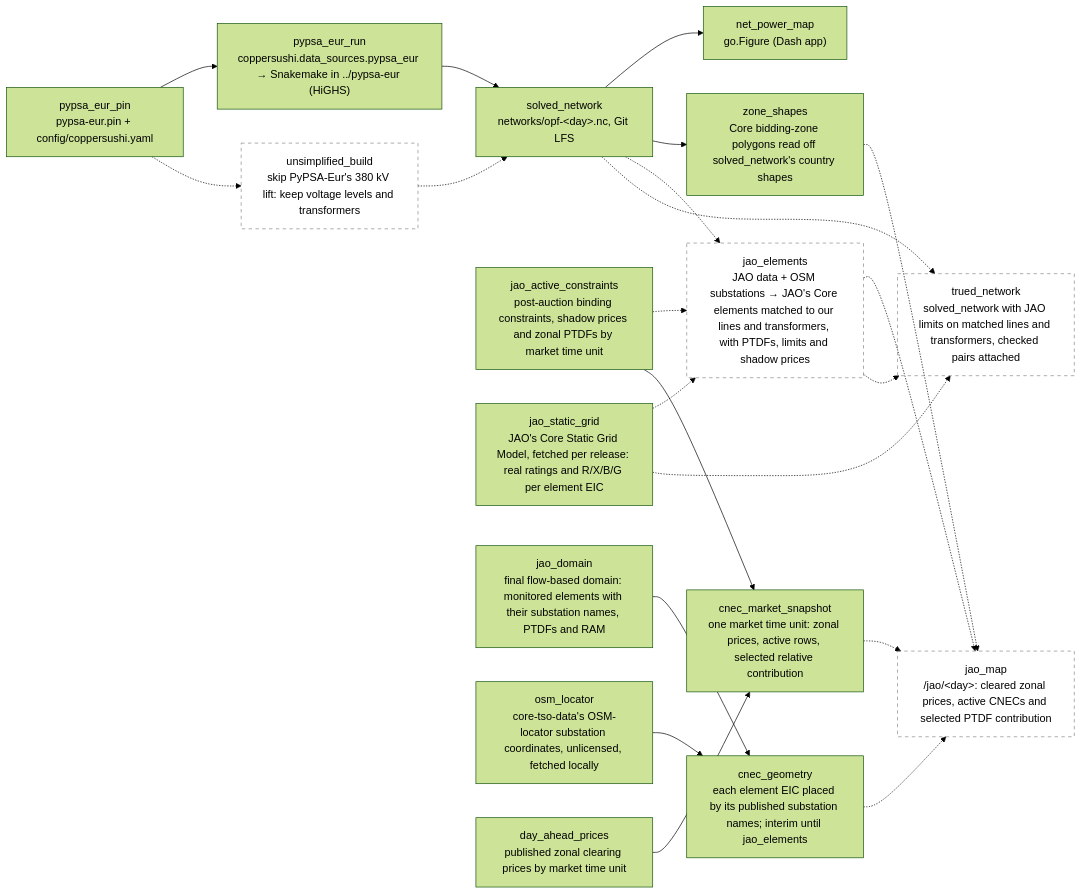
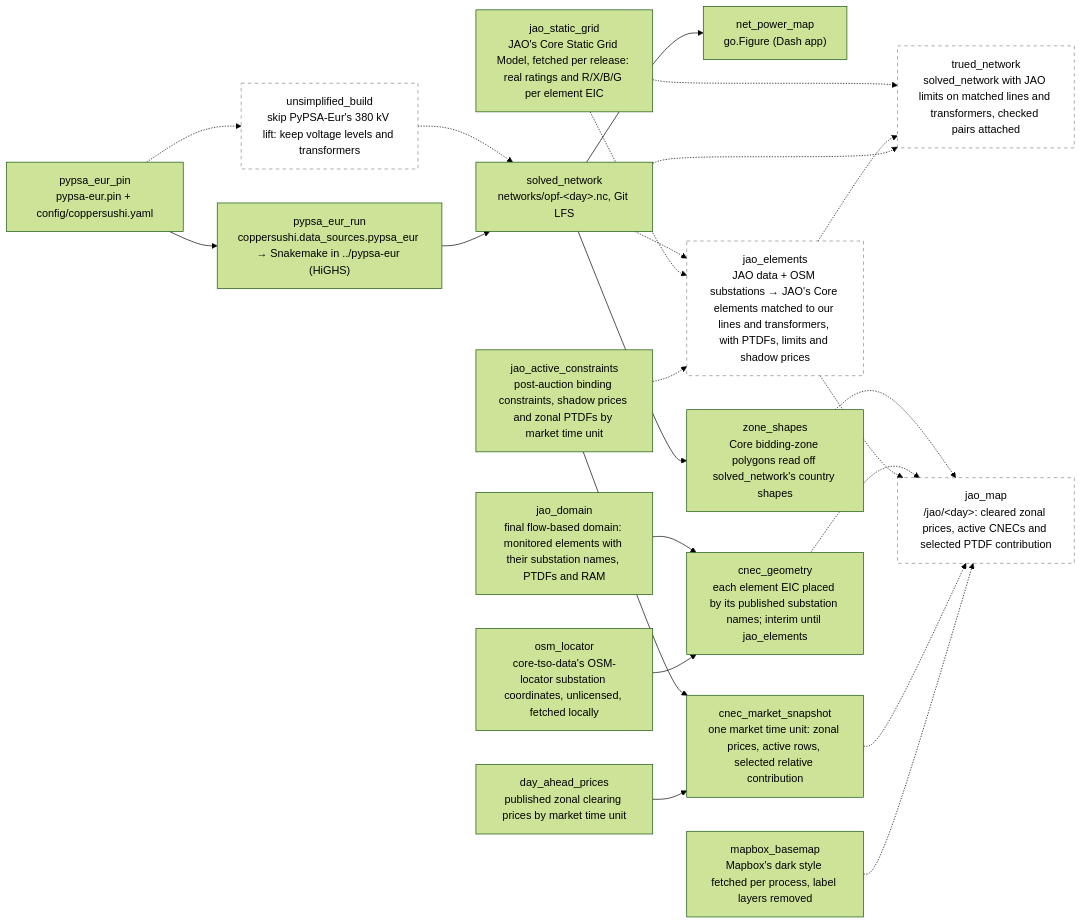
One commit to zoltanmaric/coppersushi changed the diagram in wiki/sushi-2.md. Above: the diagram before and after it, drawn with Mermaid (forest theme). The commit also changed 5 other files, not shown here.

First line of the commit message:
Fetch Mapbox's dark style without its labels (#83)

````diff
--- a/wiki/sushi-2.md
+++ b/wiki/sushi-2.md
@@ -16,45 +16,47 @@
 ```mermaid
 flowchart LR
     classDef planned stroke-dasharray: 5 5,stroke:#888,fill:none
 
     net_power_map["net_power_map<br/>go.Figure (Dash app)"]
 
     pypsa_eur_pin["pypsa_eur_pin<br/>pypsa-eur.pin + config/coppersushi.yaml"]
     pypsa_eur_run["pypsa_eur_run<br/>coppersushi.data_sources.pypsa_eur → Snakemake in ../pypsa-eur (HiGHS)"]
     solved_network["solved_network<br/>networks/opf-&lt;day&gt;.nc, Git LFS"]
     jao_active_constraints["jao_active_constraints<br/>post-auction binding constraints, shadow prices and zonal PTDFs by market time unit"]
 
     jao_static_grid["jao_static_grid<br/>JAO's Core Static Grid Model, fetched per release: real ratings and R/X/B/G per element EIC"]
 
     unsimplified["unsimplified_build<br/>skip PyPSA-Eur's 380 kV lift: keep voltage levels and transformers"]:::planned
     jao_elements["jao_elements<br/>JAO data + OSM substations → JAO's Core elements matched to our lines and transformers, with PTDFs, limits and shadow prices"]:::planned
     jao_domain["jao_domain<br/>final flow-based domain: monitored elements with their substation names, PTDFs and RAM"]
     osm_locator["osm_locator<br/>core-tso-data's OSM-locator substation coordinates, unlicensed, fetched locally"]
     cnec_geometry["cnec_geometry<br/>each element EIC placed by its published substation names; interim until jao_elements"]
     zone_shapes["zone_shapes<br/>Core bidding-zone polygons read off solved_network's country shapes"]
+    mapbox_basemap["mapbox_basemap<br/>Mapbox's dark style fetched per process, label layers removed"]
     day_ahead_prices["day_ahead_prices<br/>published zonal clearing prices by market time unit"]
     cnec_market_snapshot["cnec_market_snapshot<br/>one market time unit: zonal prices, active rows, selected relative contribution"]
     jao_map["jao_map<br/>/jao/&lt;day&gt;: cleared zonal prices, active CNECs and selected PTDF contribution"]:::planned
     trued_network["trued_network<br/>solved_network with JAO limits on matched lines and transformers, checked pairs attached"]:::planned
 
     pypsa_eur_pin --> pypsa_eur_run
     pypsa_eur_pin -.-> unsimplified
     unsimplified -.-> solved_network
     pypsa_eur_run --> solved_network
     solved_network --> net_power_map
     solved_network --> zone_shapes
     zone_shapes -.-> jao_map
     solved_network -.-> jao_elements
     jao_static_grid -.-> jao_elements
     jao_static_grid -.-> trued_network
     jao_active_constraints -.-> jao_elements
     jao_active_constraints --> cnec_market_snapshot
     day_ahead_prices --> cnec_market_snapshot
     jao_domain --> cnec_geometry
     osm_locator --> cnec_geometry
     cnec_geometry -.-> jao_map
     jao_elements -.-> jao_map
     cnec_market_snapshot -.-> jao_map
+    mapbox_basemap -.-> jao_map
     jao_elements -.-> trued_network
     solved_network -.-> trued_network
 ```
````
